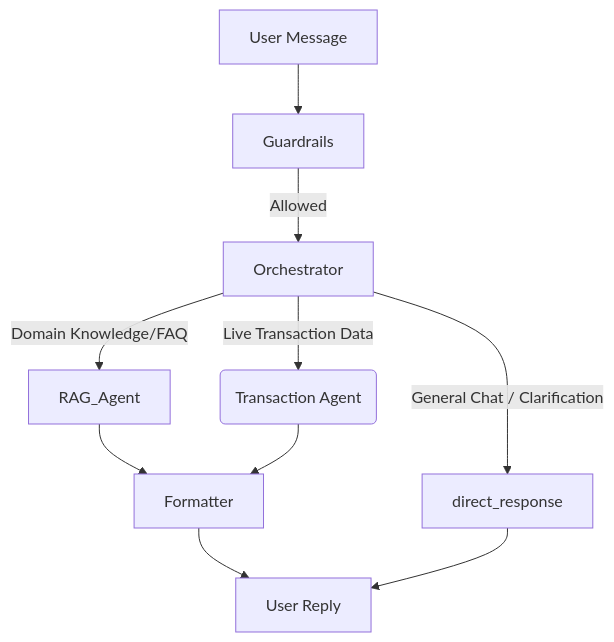
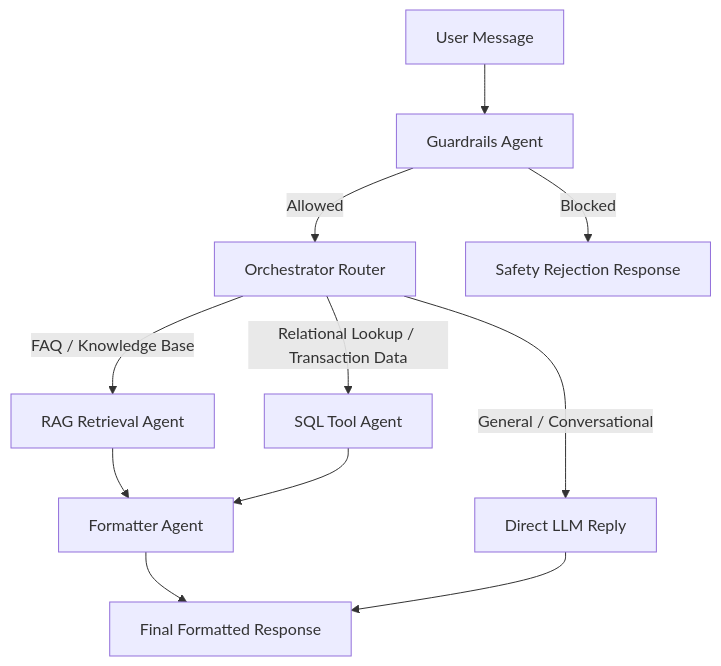
One commit to Shubham-8055/GenAIStack changed the diagram in README.md. Above: the diagram before and after it, drawn with Mermaid. The commit also changed other lines of this file and 4 other files, not shown here.

Commit message:
docs: update README with interview-perspective architecture and add screenshots

````diff
--- a/README.md
+++ b/README.md
@@ -11,12 +33,16 @@
 ```mermaid
 graph TD;
-    User[User Message] --> Guardrails;
-    Guardrails -->|Allowed| Orchestrator;
-    Orchestrator -->|Domain Knowledge/FAQ| RAG_Agent;
-    Orchestrator -->|General Chat / Clarification| direct_response;
-    Orchestrator -->|Live Transaction Data| SQL_Tool_Agent(Transaction Agent);
-    RAG_Agent --> Formatter;
-    SQL_Tool_Agent --> Formatter;
-    Formatter --> Response[User Reply];
+    User[User Message] --> Guardrails[Guardrails Agent];
+    Guardrails -->|Allowed| Orchestrator[Orchestrator Router];
+    Guardrails -->|Blocked| Rejection[Safety Rejection Response];
+    
+    Orchestrator -->|FAQ / Knowledge Base| RAG_Agent[RAG Retrieval Agent];
+    Orchestrator -->|General / Conversational| direct_response[Direct LLM Reply];
+    Orchestrator -->|Relational Lookup / Transaction Data| SQL_Agent[SQL Tool Agent];
+    
+    RAG_Agent --> Formatter[Formatter Agent];
+    SQL_Agent --> Formatter;
+    
+    Formatter --> Response[Final Formatted Response];
     direct_response --> Response;
 ```
````
